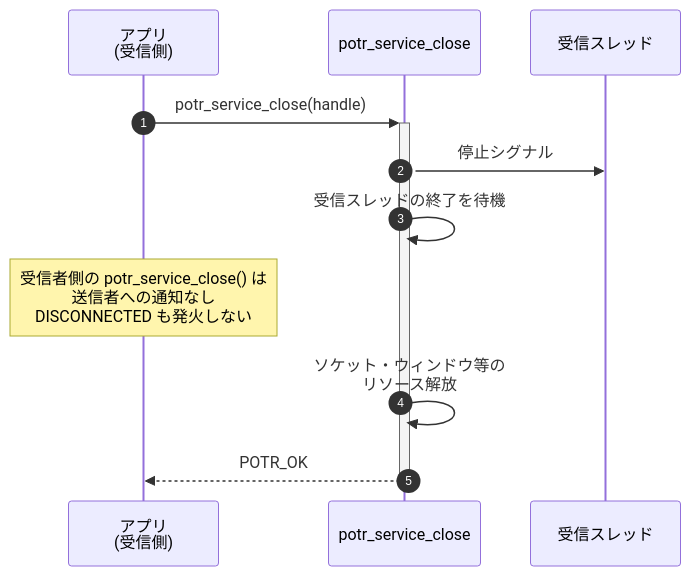
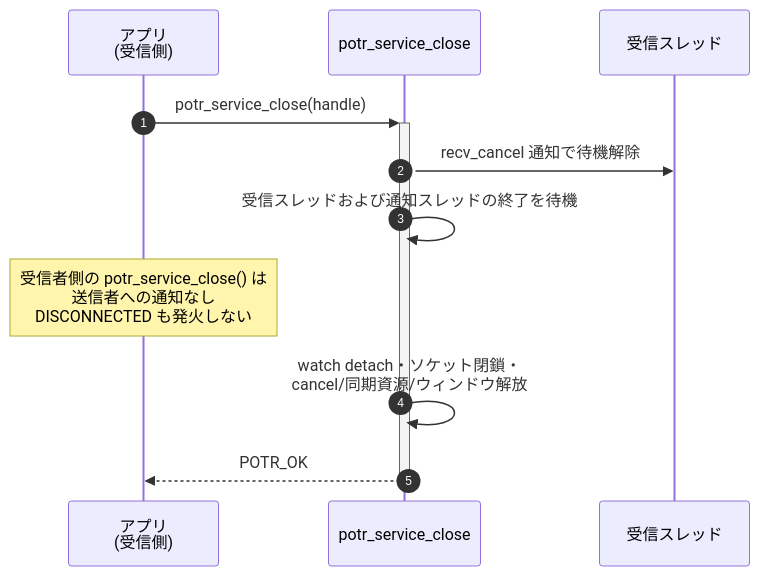
The fifth of 6 diagrams in docs/sequence-lifecycle.md (Hondarer/app_porter), drawn with Mermaid before and after one commit. The commit also changed other lines of this file and 98 other files, not shown here.

````diff
--- a/docs/sequence-lifecycle.md
+++ b/docs/sequence-lifecycle.md
@@ -146,18 +146,18 @@
 ```mermaid
 sequenceDiagram
     autonumber
     participant RAPP as アプリ<br>(受信側)
     participant CLOSE as potr_service_close
     participant RT as 受信スレッド
 
     RAPP->>+CLOSE: potr_service_close(handle)
 
-    CLOSE->>RT: 停止シグナル
-    CLOSE->>CLOSE: 受信スレッドの終了を待機
+    CLOSE->>RT: recv_cancel 通知で待機解除
+    CLOSE->>CLOSE: 受信スレッドおよび通知スレッドの終了を待機
 
     Note over RAPP: 受信者側の potr_service_close() は<br>送信者への通知なし<br>DISCONNECTED も発火しない
 
-    CLOSE->>CLOSE: ソケット・ウィンドウ等の<br>リソース解放
+    CLOSE->>CLOSE: watch detach・ソケット閉鎖・<br>cancel/同期資源/ウィンドウ解放
 
     CLOSE-->>-RAPP: POTR_OK
 ```
````
